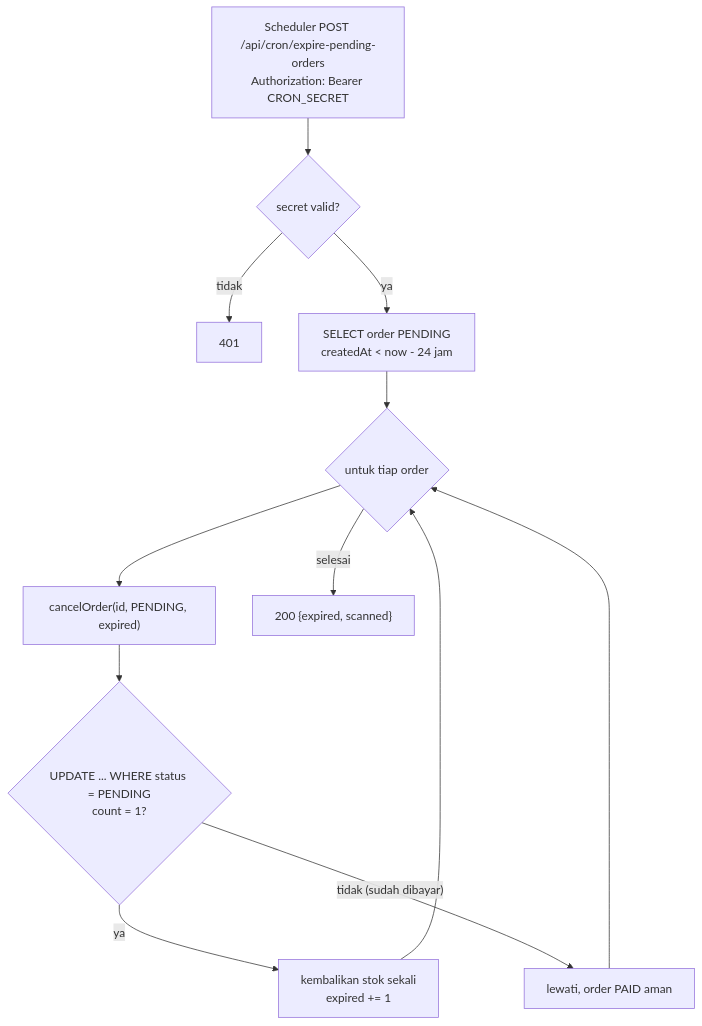
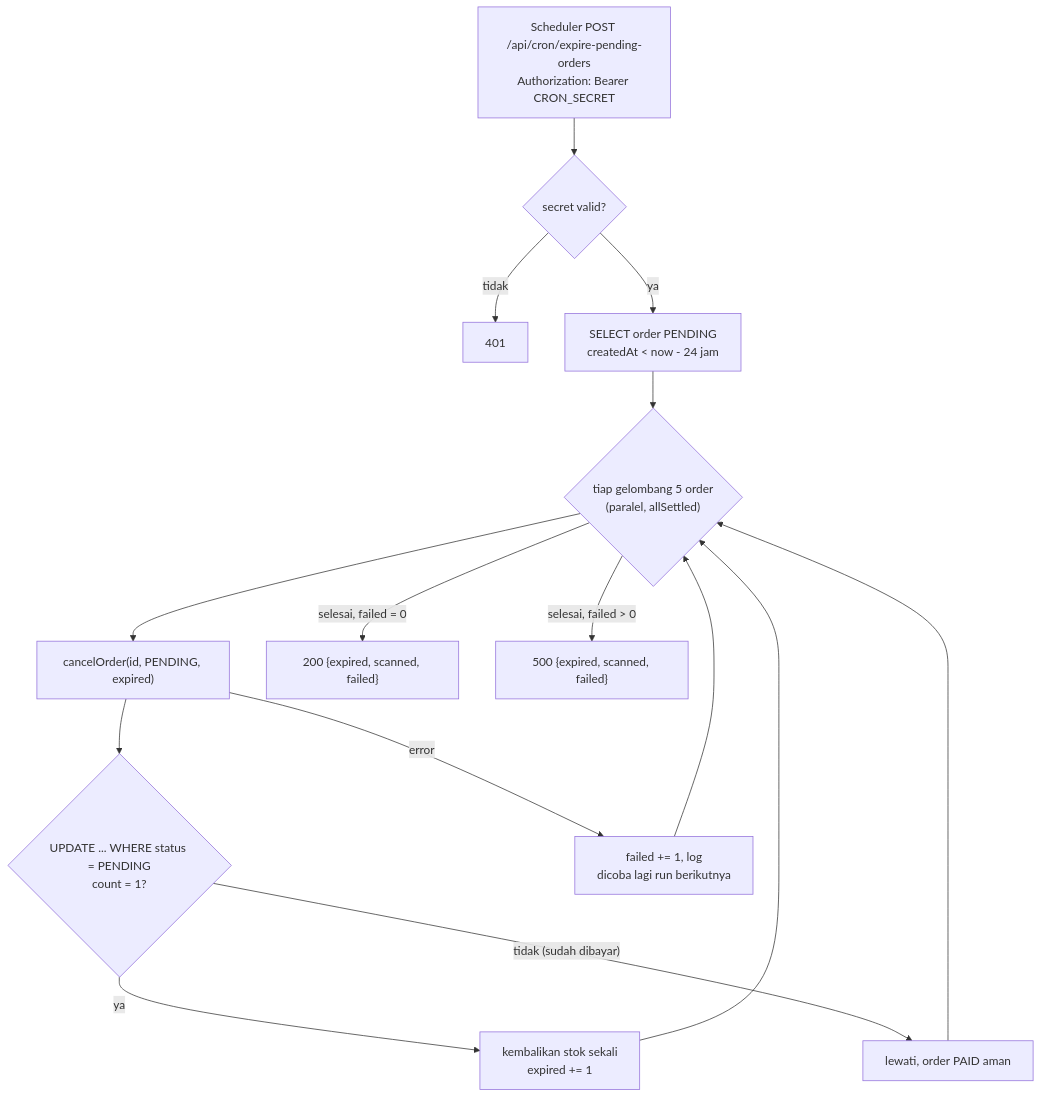
Before and after one commit to imamnura/zari-madu: the fifth of 7 diagrams in docs/engineering/FLOWS.md, drawn with Mermaid. The commit also changed 9 other files, not shown here.

````diff
--- a/docs/engineering/FLOWS.md
+++ b/docs/engineering/FLOWS.md
@@ -133,14 +133,17 @@
 ```mermaid
 flowchart TD
     A["Scheduler POST /api/cron/expire-pending-orders<br/>Authorization: Bearer CRON_SECRET"] --> B{"secret valid?"}
     B -- tidak --> X["401"]
     B -- ya --> C["SELECT order PENDING<br/>createdAt < now - 24 jam"]
-    C --> D{"untuk tiap order"}
+    C --> D{"tiap gelombang 5 order<br/>(paralel, allSettled)"}
     D --> E["cancelOrder(id, PENDING, expired)"]
     E --> F{"UPDATE ... WHERE status = PENDING<br/>count = 1?"}
     F -- ya --> G["kembalikan stok sekali<br/>expired += 1"]
     F -- "tidak (sudah dibayar)" --> H["lewati, order PAID aman"]
     G --> D
     H --> D
-    D -- selesai --> I["200 {expired, scanned}"]
+    E -- error --> J["failed += 1, log<br/>dicoba lagi run berikutnya"]
+    J --> D
+    D -- "selesai, failed = 0" --> I["200 {expired, scanned, failed}"]
+    D -- "selesai, failed > 0" --> K["500 {expired, scanned, failed}"]
 ```
````
